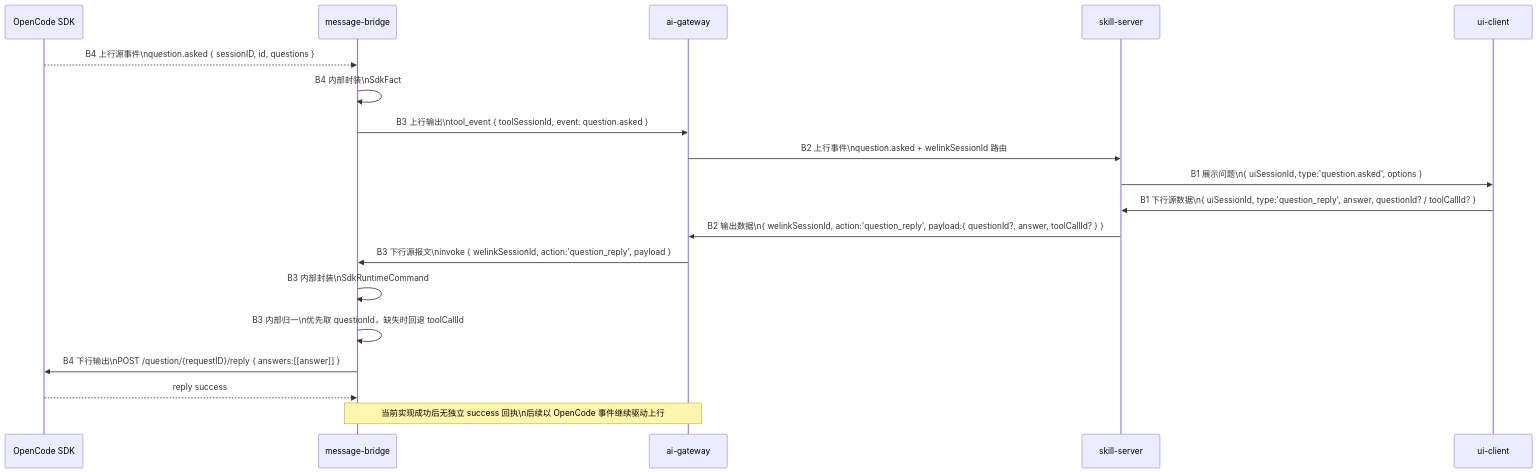
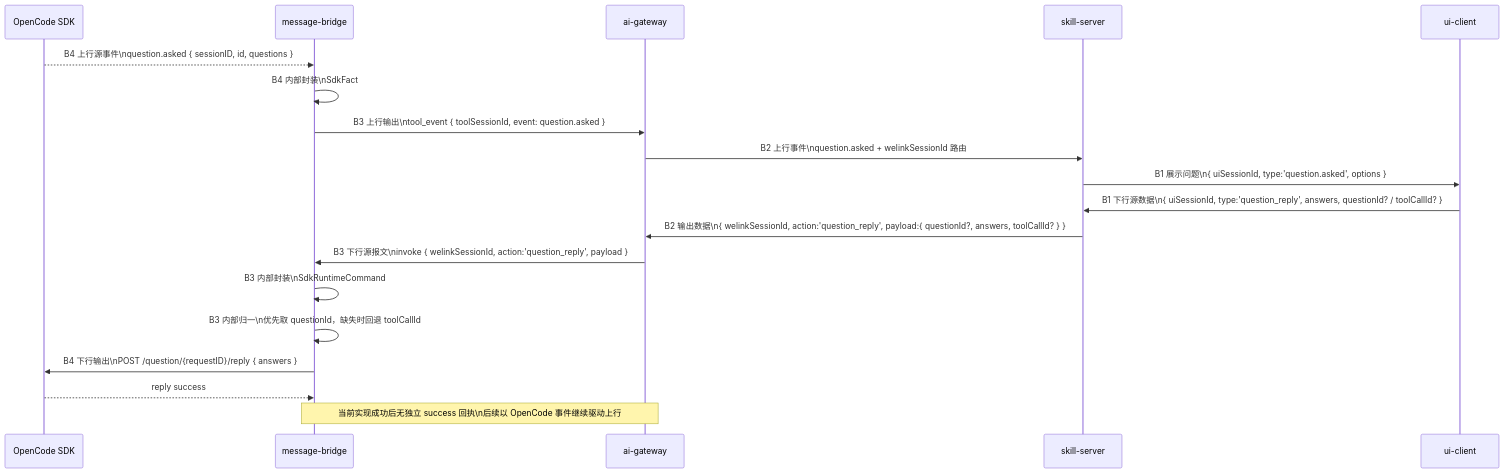
The sixth of 6 diagrams in plugins/message-bridge/docs/design/interfaces/end-to-end-message-flow.md (yuzhangCZ/agent-plugin), drawn with Mermaid before and after one commit. The commit also changed other lines of this file and 24 other files, not shown here.

Commit message:
feat(question): 使用 answers 处理问题回复

````diff
--- a/plugins/message-bridge/docs/design/interfaces/end-to-end-message-flow.md
+++ b/plugins/message-bridge/docs/design/interfaces/end-to-end-message-flow.md
@@ -1004,23 +1004,23 @@
 ```mermaid
 sequenceDiagram
   participant SDK as OpenCode SDK
   participant BRIDGE as message-bridge
   participant GW as ai-gateway
   participant SKILL as skill-server
   participant UI as ui-client
 
   SDK-->>BRIDGE: B4 上行源事件\nquestion.asked { sessionID, id, questions }
   BRIDGE->>BRIDGE: B4 内部封装\nSdkFact
   BRIDGE->>GW: B3 上行输出\ntool_event { toolSessionId, event: question.asked }
   GW->>SKILL: B2 上行事件\nquestion.asked + welinkSessionId 路由
   SKILL->>UI: B1 展示问题\n{ uiSessionId, type:'question.asked', options }
 
-  UI->>SKILL: B1 下行源数据\n{ uiSessionId, type:'question_reply', answer, questionId? / toolCallId? }
-  SKILL->>GW: B2 输出数据\n{ welinkSessionId, action:'question_reply', payload:{ questionId?, answer, toolCallId? } }
+  UI->>SKILL: B1 下行源数据\n{ uiSessionId, type:'question_reply', answers, questionId? / toolCallId? }
+  SKILL->>GW: B2 输出数据\n{ welinkSessionId, action:'question_reply', payload:{ questionId?, answers, toolCallId? } }
   GW->>BRIDGE: B3 下行源报文\ninvoke { welinkSessionId, action:'question_reply', payload }
   BRIDGE->>BRIDGE: B3 内部封装\nSdkRuntimeCommand
   BRIDGE->>BRIDGE: B3 内部归一\n优先取 questionId，缺失时回退 toolCallId
-  BRIDGE->>SDK: B4 下行输出\nPOST /question/{requestID}/reply { answers:[[answer]] }
+  BRIDGE->>SDK: B4 下行输出\nPOST /question/{requestID}/reply { answers }
   SDK-->>BRIDGE: reply success
   Note over BRIDGE,GW: 当前实现成功后无独立 success 回执\n后续以 OpenCode 事件继续驱动上行
 ```
````
